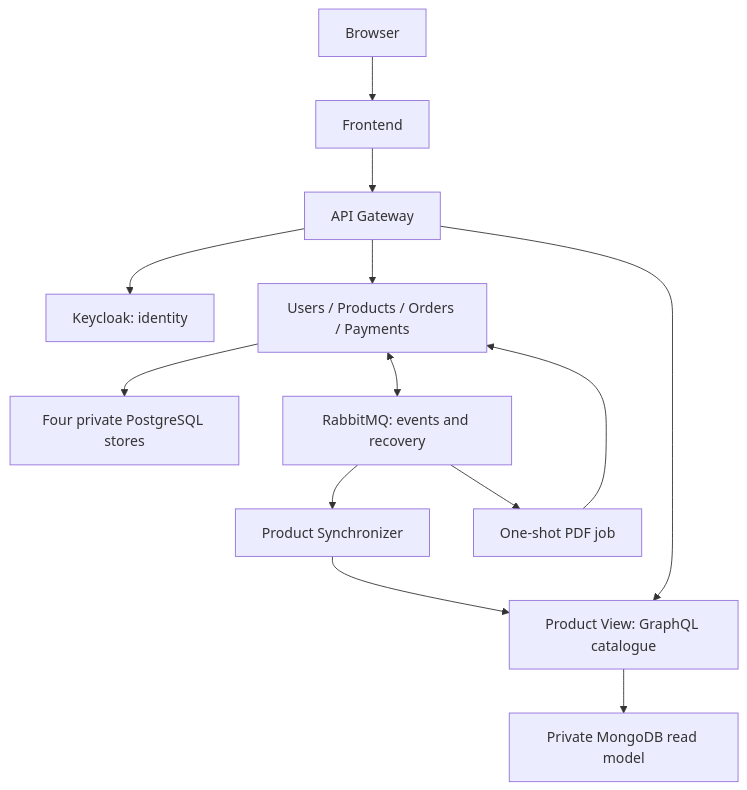
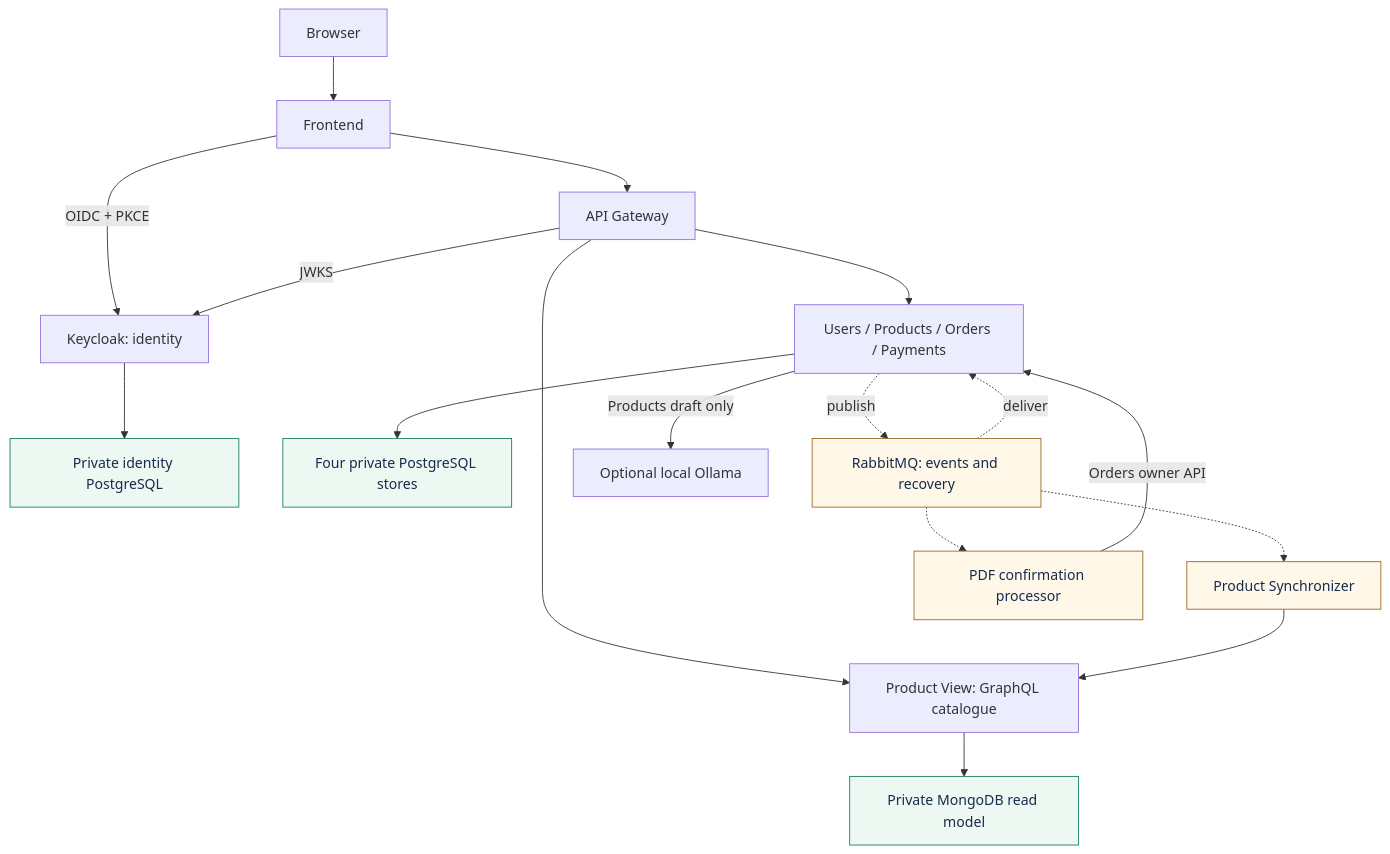
Before and after one commit to AhmadAlkaseb/aj: the first of 4 diagrams in documentation/report-figures/README.md, drawn with Mermaid. The commit also changed other lines of this file and 116 other files, not shown here.

````diff
--- a/documentation/report-figures/README.md
+++ b/documentation/report-figures/README.md
@@ -9,13 +31,21 @@
 ```mermaid
 flowchart TB
     Browser[Browser] --> Frontend[Frontend] --> Gateway[API Gateway]
-    Gateway --> Identity[Keycloak: identity]
+    Frontend -->|OIDC + PKCE| Identity[Keycloak: identity]
+    Gateway -->|JWKS| Identity
+    Identity --> IdentityDB[Private identity PostgreSQL]
     Gateway --> Domains[Users / Products / Orders / Payments]
     Gateway --> View[Product View: GraphQL catalogue]
     Domains --> SQL[Four private PostgreSQL stores]
-    Domains <--> MQ[RabbitMQ: events and recovery]
-    MQ --> Sync[Product Synchronizer]
+    Domains -. publish .-> MQ[RabbitMQ: events and recovery]
+    MQ -. deliver .-> Domains
+    MQ -.-> Sync[Product Synchronizer]
     Sync --> View --> Mongo[Private MongoDB read model]
-    MQ --> Job[One-shot PDF job]
-    Job --> Domains
+    MQ -.-> Job[PDF confirmation processor]
+    Job -->|Orders owner API| Domains
+    Domains -->|Products draft only| AI[Optional local Ollama]
+    classDef store fill:#edf8f3,stroke:#187a69,color:#172b4d
+    classDef message fill:#fff7e8,stroke:#9c6720,color:#172b4d
+    class SQL,Mongo,IdentityDB store
+    class MQ,Sync,Job message
 ```
````
